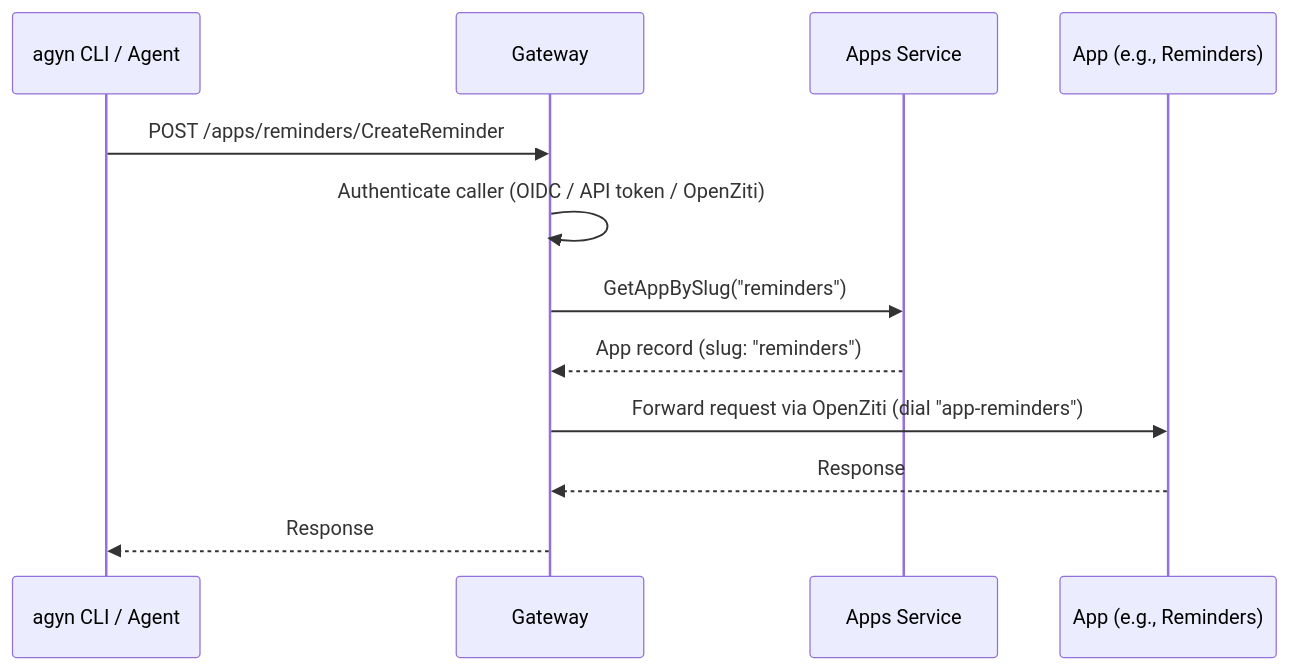
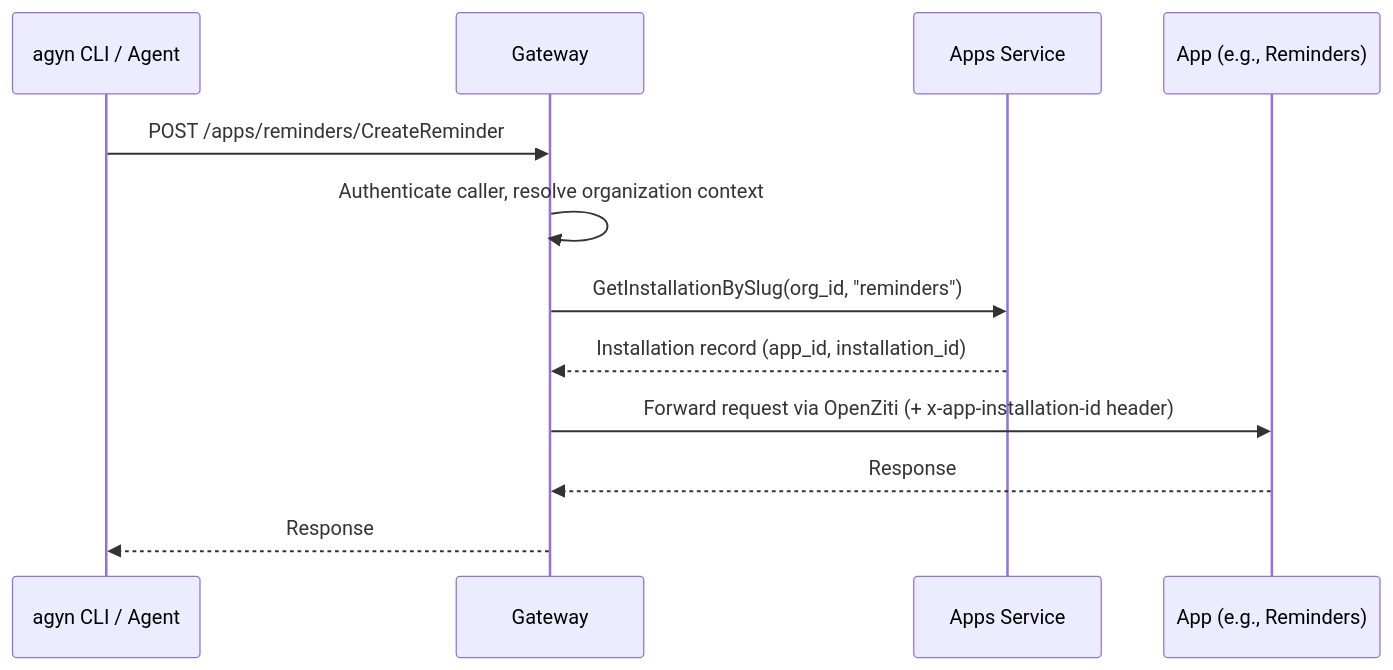
Before and after one commit to agynio/architecture: the diagram in architecture/gateway.md, drawn with Mermaid. The commit also changed other lines of this file and 6 other files, not shown here.

First line of the commit message:
Add app definition and installation model

````diff
--- a/architecture/gateway.md
+++ b/architecture/gateway.md
@@ -141,15 +141,15 @@
 ```mermaid
 sequenceDiagram
     participant C as agyn CLI / Agent
     participant GW as Gateway
     participant AS as Apps Service
     participant App as App (e.g., Reminders)
 
     C->>GW: POST /apps/reminders/CreateReminder
-    GW->>GW: Authenticate caller (OIDC / API token / OpenZiti)
-    GW->>AS: GetAppBySlug("reminders")
-    AS-->>GW: App record (slug: "reminders")
-    GW->>App: Forward request via OpenZiti (dial "app-reminders")
+    GW->>GW: Authenticate caller, resolve organization context
+    GW->>AS: GetInstallationBySlug(org_id, "reminders")
+    AS-->>GW: Installation record (app_id, installation_id)
+    GW->>App: Forward request via OpenZiti (+ x-app-installation-id header)
     App-->>GW: Response
     GW-->>C: Response
 ```
````
